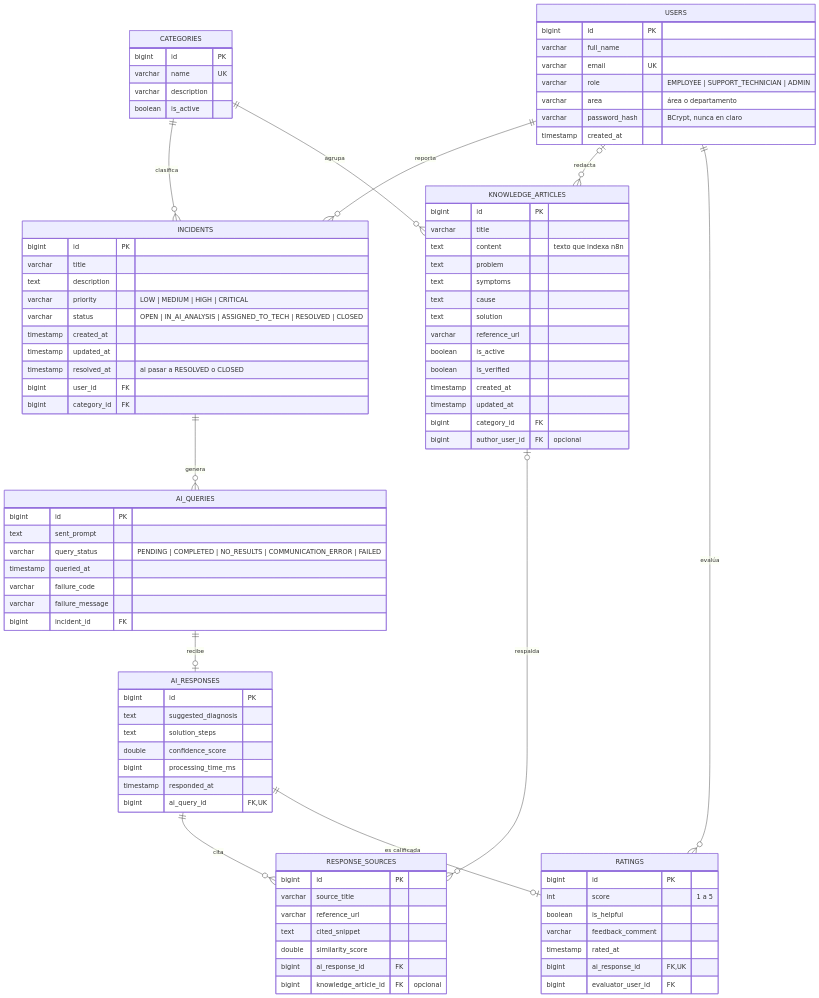
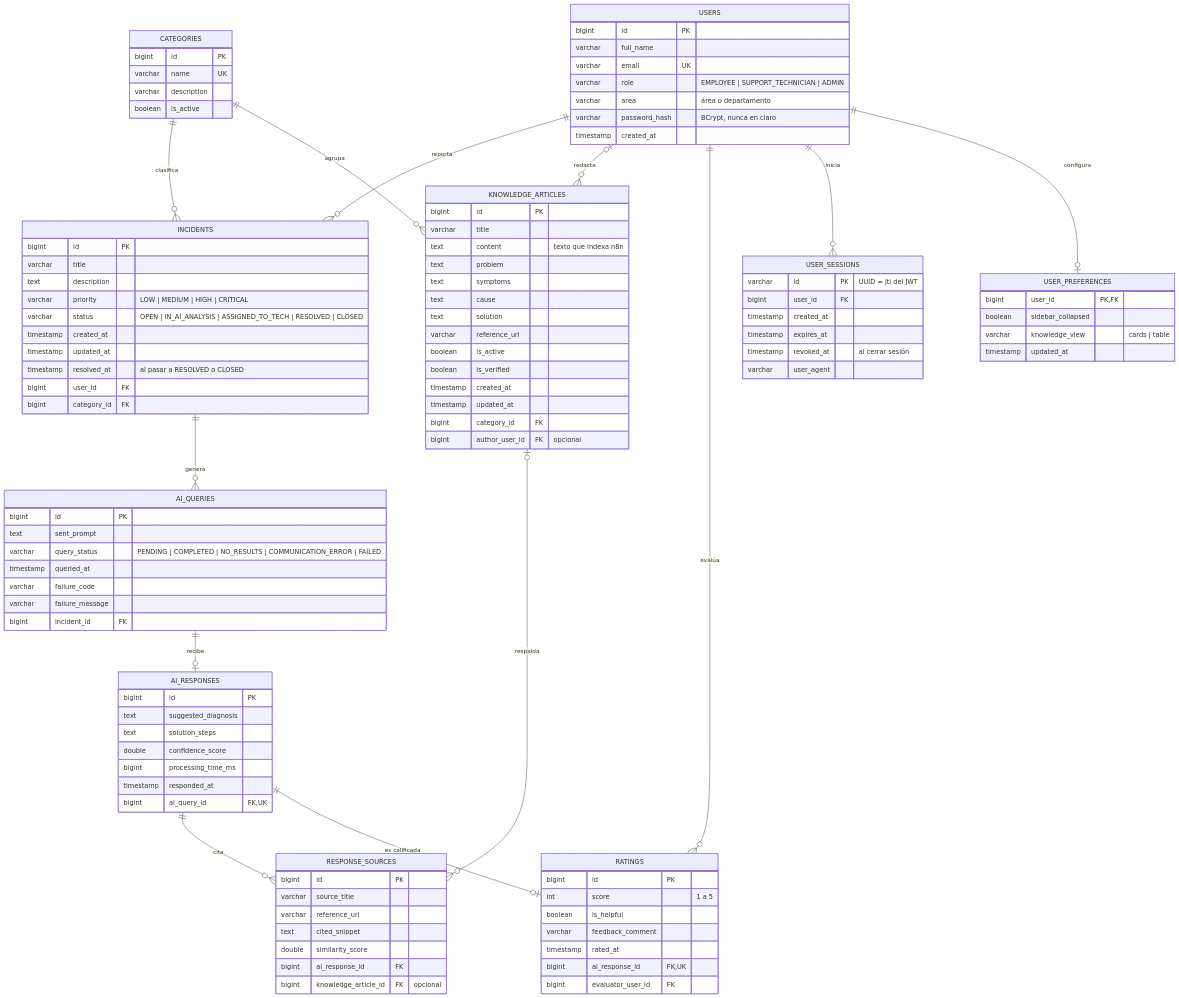
One commit to velascodazasergio-png/Sistema-inteligente-IA2 changed the first of 4 diagrams in docs/diagramas/README.md. Above: the diagram before and after it, drawn with Mermaid. The commit also changed other lines of this file and 5 other files, not shown here.

First line of the commit message:
docs: document that sessions and preferences live in the database

````diff
--- a/docs/diagramas/README.md
+++ b/docs/diagramas/README.md
@@ -16,6 +16,8 @@
     KNOWLEDGE_ARTICLES |o--o{ RESPONSE_SOURCES : "respalda"
     AI_RESPONSES ||--o| RATINGS : "es calificada"
     USERS ||--o{ RATINGS : "evalúa"
+    USERS ||--o{ USER_SESSIONS : "inicia"
+    USERS ||--o| USER_PREFERENCES : "configura"
 
     USERS {
         bigint id PK
@@ -96,4 +98,18 @@
         bigint ai_response_id FK,UK
         bigint evaluator_user_id FK
     }
+    USER_SESSIONS {
+        varchar id PK "UUID = jti del JWT"
+        bigint user_id FK
+        timestamp created_at
+        timestamp expires_at
+        timestamp revoked_at "al cerrar sesión"
+        varchar user_agent
+    }
+    USER_PREFERENCES {
+        bigint user_id PK,FK
+        boolean sidebar_collapsed
+        varchar knowledge_view "cards | table"
+        timestamp updated_at
+    }
 ```
````
